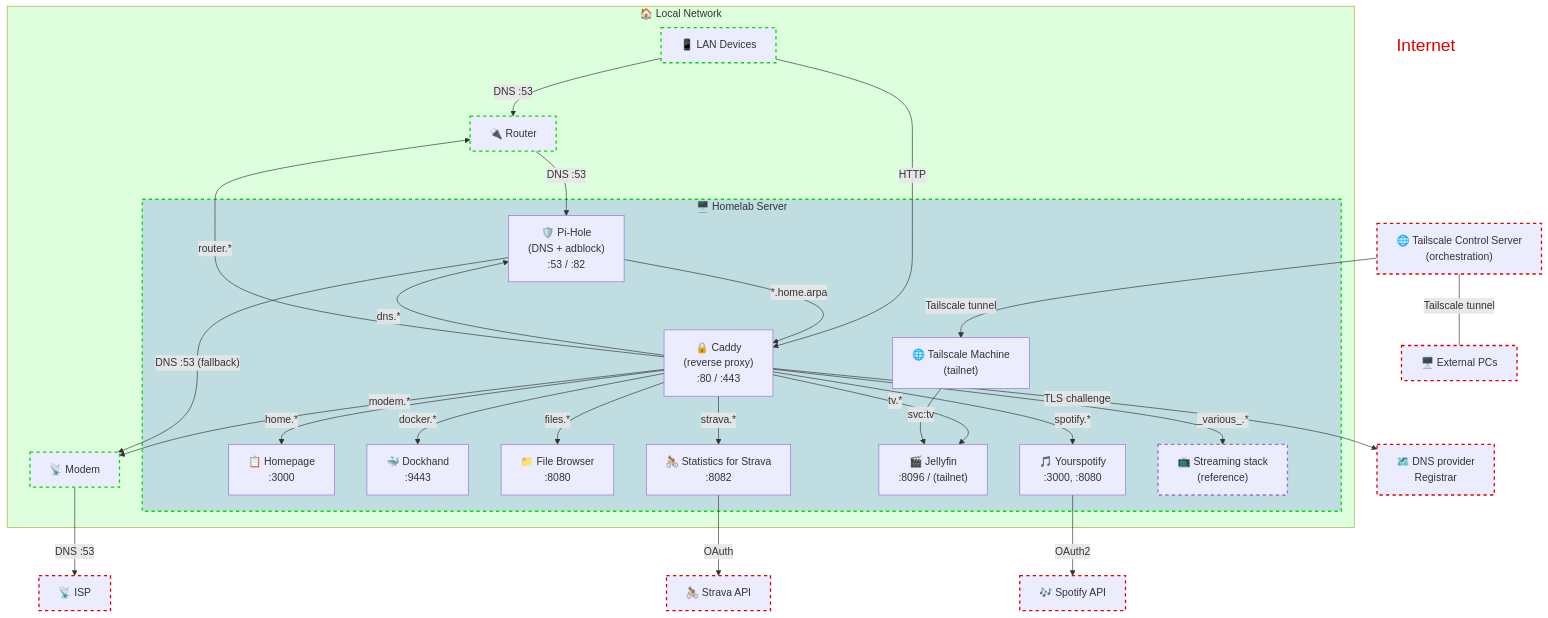
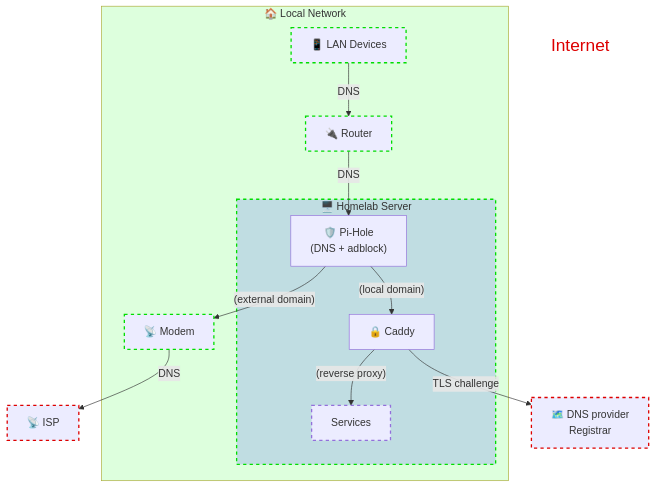
One commit to vis4rd/homelab changed the second of 2 diagrams in README.md. Above: the diagram before and after it, drawn with Mermaid. The commit also changed other lines of this file and 1 other file, not shown here.

Commit message:
Remove one level of symlinks in filebrowser's docker volumes

````diff
--- a/README.md
+++ b/README.md
@@ -36,79 +80,45 @@
 ```mermaid
 graph TB
     FreeLabel["Internet"]:::invisible
 
-    ExtPC["🖥️ External PCs"]
-    Strava_API["🚴 Strava API"]
-    Tailscale_Server["🌐 Tailscale Control Server<br/>(orchestration)"]
     ISP["📡 ISP"]
     DNSSP["🗺️ DNS provider<br/>Registrar"]
-    Spotify_API["🎶 Spotify API"]
 
     subgraph LAN["🏠 Local Network"]
         Router["🔌 Router"]
         Modem["📡 Modem"]
         LAN_Devices["📱 LAN Devices"]
 
         subgraph Host["🖥️ Homelab Server"]
-            Caddy["🔒 Caddy<br/>(reverse proxy)<br/>:80 / :443"]
-            Homepage["📋 Homepage<br/>:3000"]
-            PiHole["🛡️ Pi-Hole<br/>(DNS + adblock)<br/>:53 / :82"]
-            Dockhand["🐳 Dockhand<br/>:9443"]
-            Filebrowser["📁 File Browser<br/>:8080"]
-            SFS["🚴 Statistics for Strava<br/>:8082"]
-            Jellyfin["🎬 Jellyfin<br/>:8096 / (tailnet)"]
-            Yourspotify["🎵 Yourspotify<br/>:3000, :8080"]
-            Streaming["📺 Streaming stack<br/>(reference)"]
-
-            Tailscale["🌐 Tailscale Machine<br/>(tailnet)"]
+            Caddy["🔒 Caddy<br/>"]
+            PiHole["🛡️ Pi-Hole<br/>(DNS + adblock)"]
+            Services["Services"]
         end
     end
 
-    %% LAN device access
-    LAN_Devices -->|"HTTP"| Caddy
-
-    %% Caddy reverse proxies
-    Caddy -->|"home.*"| Homepage
-    Caddy -->|"dns.*"| PiHole
-    Caddy -->|"docker.*"| Dockhand
-    Caddy -->|"files.*"| Filebrowser
-    Caddy -->|"tv.*"| Jellyfin
-    Caddy -->|"strava.*"| SFS
-    Caddy -->|"router.*"| Router
-    Caddy -->|"modem.*"| Modem
-    Caddy -->|"spotify.*"| Yourspotify
-    Caddy -->|"_various_.*"| Streaming
+    Caddy -->|"(reverse proxy)"| Services
 
     %% Caddy uses DNS service provider for DNS-01 TLS challenge
     Caddy -->|"TLS challenge"| DNSSP
 
-    %% Tailscale proxies Jellyfin externally
-    Tailscale -->|"svc:tv"| Jellyfin
-
     %% DNS resolution
-    LAN_Devices -->|"DNS :53"| Router
-    Router -->|"DNS :53"| PiHole
-    PiHole -->|"DNS :53 (fallback)"| Modem
-    Modem -->|"DNS :53"| ISP
-    PiHole -->|"*.home.arpa"| Caddy
-
-    %% External access
-    Tailscale_Server ---|"Tailscale tunnel"| ExtPC
-    Tailscale_Server -->|"Tailscale tunnel"| Tailscale
-    SFS -->|"OAuth"| Strava_API
-    Yourspotify -->|"OAuth2"| Spotify_API
+    LAN_Devices -->|"DNS"| Router
+    Router -->|"DNS"| PiHole
+    PiHole -->|"(external domain)"| Modem
+    Modem -->|"DNS"| ISP
+    PiHole -->|"(local domain)"| Caddy
 
     %% Styling
     classDef invisible fill:none,stroke:none,color:#dd0000,font-size:20pt
     classDef localdevice stroke:#00dd00,stroke-dasharray: 5 5,stroke-width:2px
     classDef externaldevice stroke:#dd0000,stroke-dasharray: 5 5,stroke-width:2px
     classDef localnet fill:#00ff0022
     classDef dockernet fill:#0000ff22
     classDef reference stroke-dasharray: 5 5,stroke-width:2px
 
     class Router,Modem,LAN_Devices,Host localdevice
-    class ExtPC,Tailscale_Server,Strava_API,ISP,DNSSP,Spotify_API externaldevice
+    class ISP,DNSSP externaldevice
     class LAN localnet
     class Host dockernet
-    class Streaming reference
+    class Services reference
 ```
````
